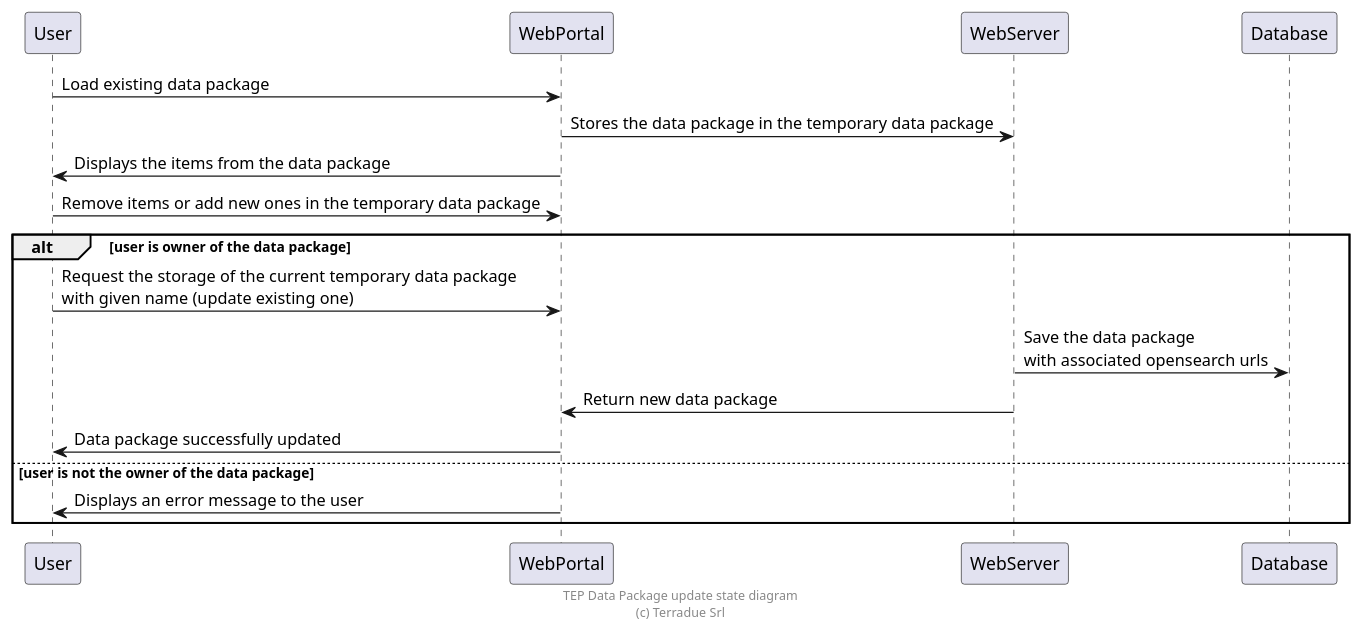
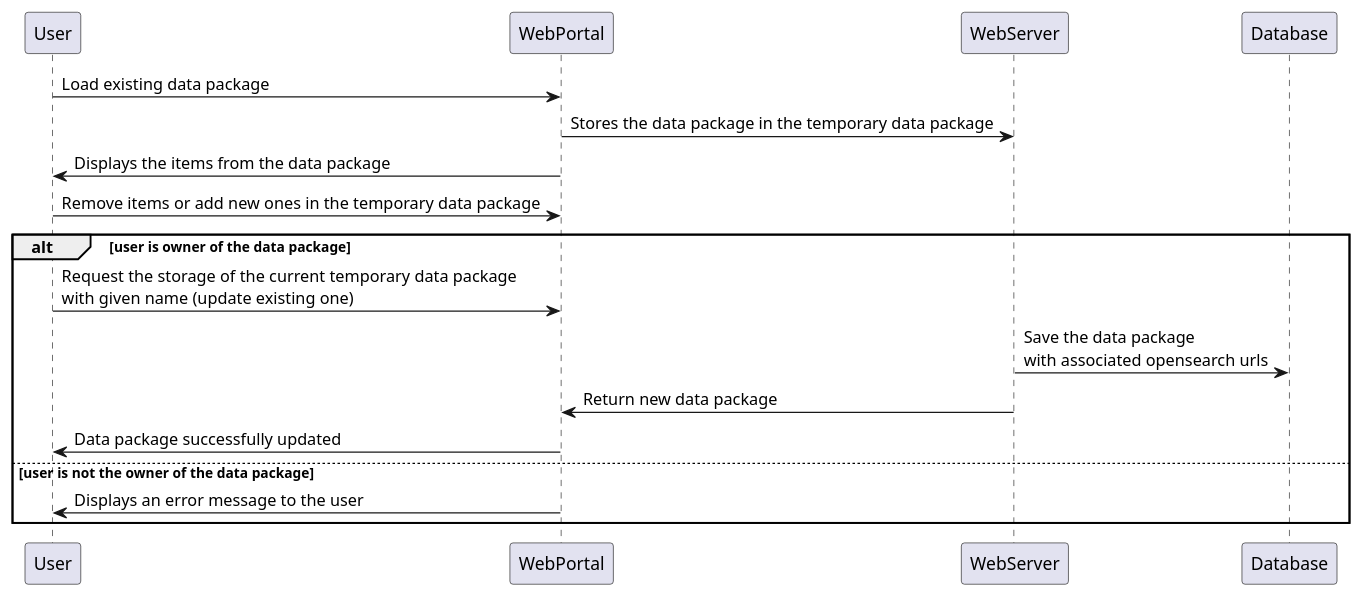
The second of 2 diagrams in source/groups/group___tep_data.rst (urban-tep/DDF-SDD), drawn with PlantUML before and after one commit. The commit also changed other lines of this file and 220 other files, not shown here.

```diff
--- a/source/groups/group___tep_data.rst
+++ b/source/groups/group___tep_data.rst
@@ -48,22 +38,17 @@
 .. uml::
+	:caption: Data package lifecycle #2 state diagram
 
 
-	
 	User -> WebPortal: Load existing data package
 	WebPortal -> WebServer: Stores the data package in the temporary data package
 	WebPortal -> User: Displays the items from the data package
 	User -> WebPortal: Remove items or add new ones in the temporary data package
 	
 	alt user is owner of the data package
 	User -> WebPortal: Request the storage of the current temporary data package \nwith given name (update existing one)
 	WebServer -> Database: Save the data package \nwith associated opensearch urls
 	WebServer -> WebPortal: Return new data package
 	WebPortal -> User: Data package successfully updated
 	else user is not the owner of the data package
 	WebPortal -> User: Displays an error message to the user
 	end
-	
-	footer
-	TEP Data Package update state diagram
-	(c) Terradue Srl
-	endfooter
```
